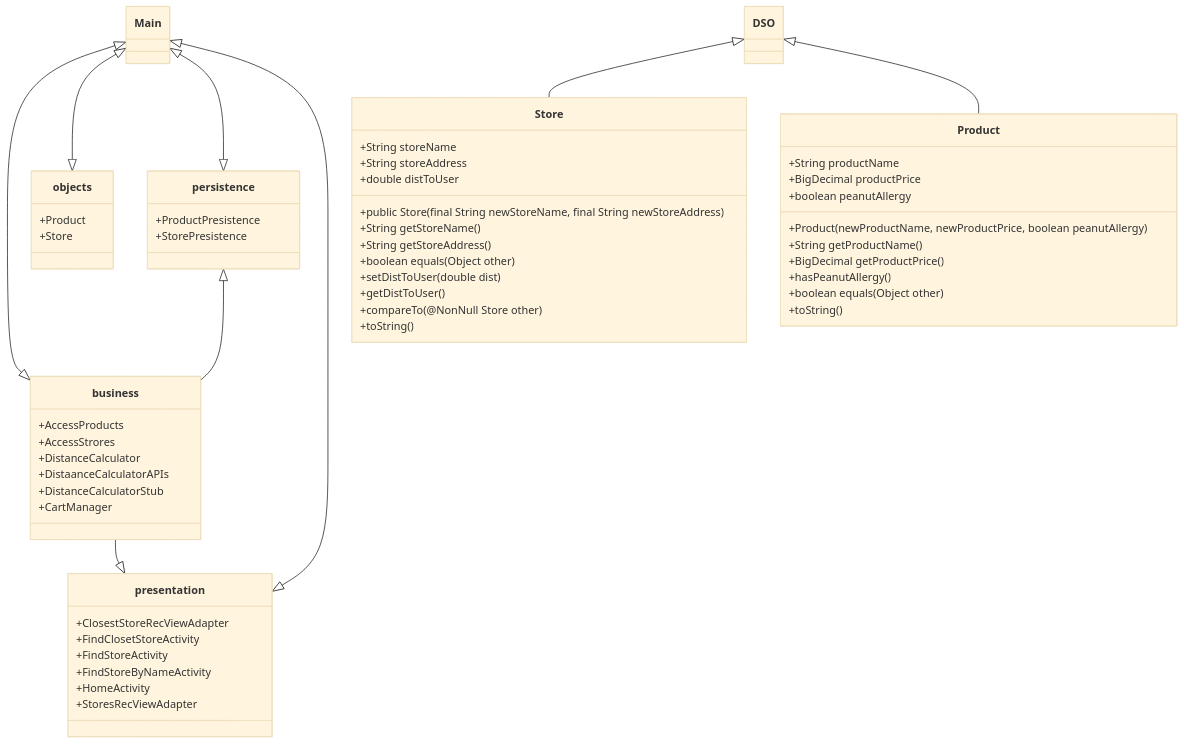
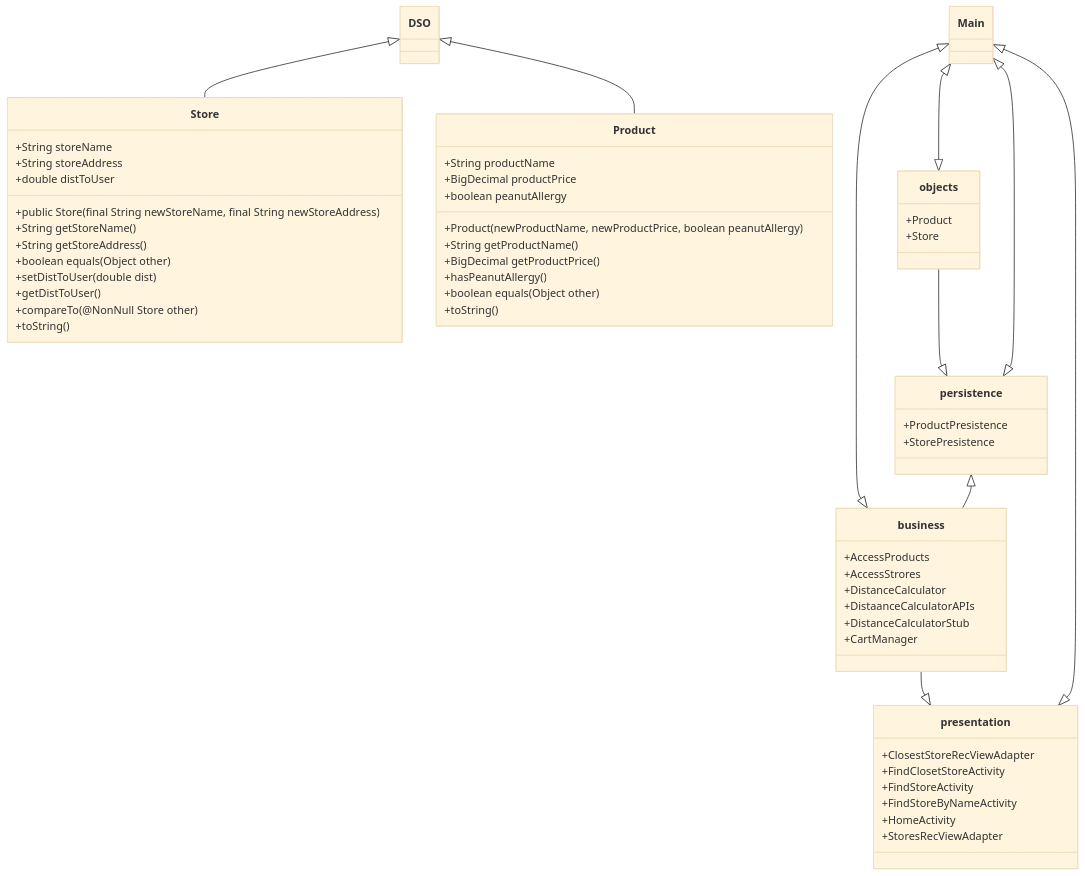
Before and after one commit to timonchen/GoCart: the diagram in ARCHITECTURE.md, drawn with Mermaid (base theme).

Commit message:
Replace ARCHITECTURE.md

````diff
--- a/ARCHITECTURE.md
+++ b/ARCHITECTURE.md
@@ -31,72 +31,73 @@
 ```mermaid
 classDiagram
    
     Main <|--|> business
     Main <|--|> objects
     Main <|--|> persistence 
     Main <|--|> presentation
     DSO <|-- Store
     DSO <|-- Product
-	business --|> presentation
-persistence <|-- business
+    business --|> presentation
+    persistence <|-- business
+    objects --|> persistence
     class Main{
     }
 
  class business{
 	+AccessProducts
 	+AccessStrores
 	+DistanceCalculator
 	+DistaanceCalculatorAPIs
 	+DistanceCalculatorStub
 	+CartManager
 
 }
 
 class objects{
 +Product
 +Store
 }
 
 class persistence{
  +ProductPresistence
  +StorePresistence
 }
 
 class presentation{
 +ClosestStoreRecViewAdapter
 +FindClosetStoreActivity
 +FindStoreActivity
 +FindStoreByNameActivity
 +HomeActivity
 +StoresRecViewAdapter
 }
  class DSO{
     }
 
 class Product{
  +String productName
 +BigDecimal productPrice
 +boolean peanutAllergy
 +Product(newProductName, newProductPrice, boolean peanutAllergy)
 +String getProductName()
 +BigDecimal getProductPrice()
 +hasPeanutAllergy()
 +boolean equals(Object other)
 +toString()
 
 }
 
 class Store{
 +String storeName
 +String storeAddress
 +double distToUser
 +public Store(final String newStoreName, final String newStoreAddress)
 +String getStoreName()
 +String getStoreAddress()
 +boolean equals(Object other) 
 +setDistToUser(double dist)
 +getDistToUser()
 +compareTo(@NonNull Store other) 
 +toString()
 }
 ```
````
